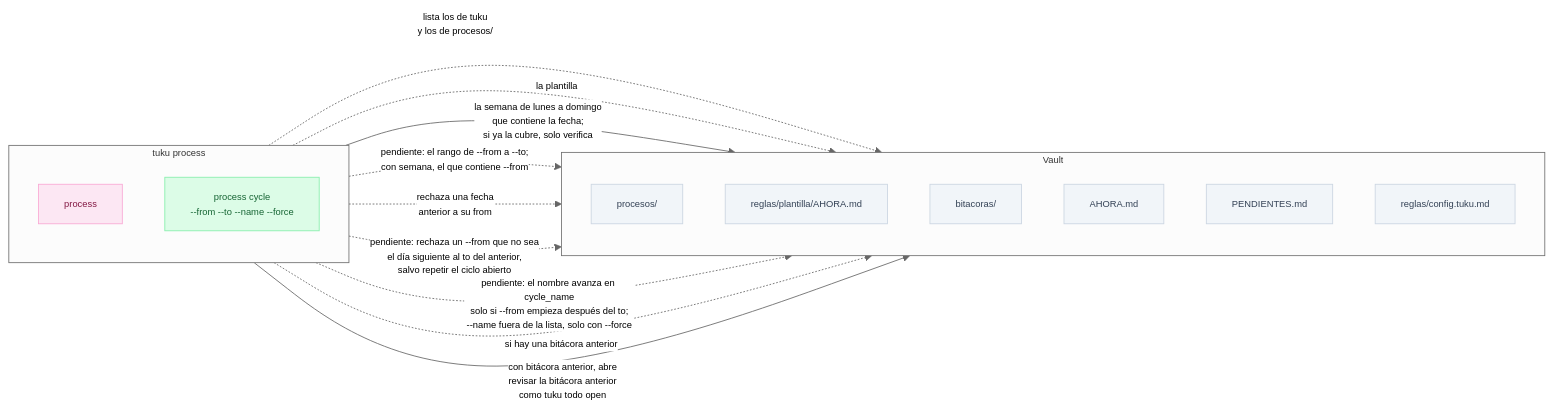
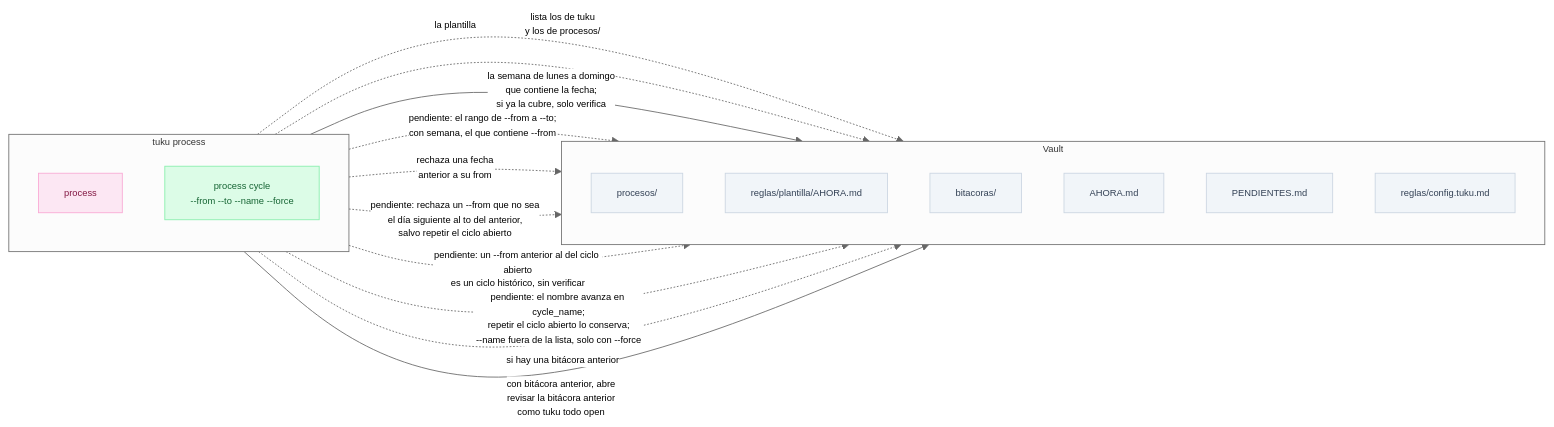
The second of 8 diagrams in spec/tuku.md (pewma-ai/tuku), drawn with Mermaid before and after one commit. The commit also changed other lines of this file and 13 other files, not shown here.

First line of the commit message:
docs(devel): plan y resultado del refactor de tuku, y lo pendiente de ciclos con nombre

````diff
--- a/spec/tuku.md
+++ b/spec/tuku.md
@@ -62,35 +62,36 @@
 ```mermaid
 %%{init: {'flowchart': {'useMaxWidth': true}, 'theme': 'neutral', 'themeVariables': {'fontSize': '11px'}}}%%
 flowchart LR
     subgraph CMD["tuku process"]
         direction TB
         PL["process"]
         PC["process cycle<br/>--from --to --name --force"]
     end
     subgraph VAULT["Vault"]
         direction TB
         PR["procesos/"]
         TP["reglas/plantilla/AHORA.md"]
         BI["bitacoras/"]
         AH["AHORA.md"]
         PE["PENDIENTES.md"]
         CF["reglas/config.tuku.md"]
     end
 
     PL -.->|"lista los de tuku<br/>y los de procesos/"| PR
     PC -.->|"la plantilla"| TP
     PC -->|"la semana de lunes a domingo<br/>que contiene la fecha;<br/>si ya la cubre, solo verifica"| AH
     PC -.->|"pendiente: el rango de --from a --to;<br/>con semana, el que contiene --from"| AH
     PC -.->|"rechaza una fecha<br/>anterior a su from"| AH
     PC -.->|"pendiente: rechaza un --from que no sea<br/>el día siguiente al to del anterior,<br/>salvo repetir el ciclo abierto"| AH
-    PC -.->|"pendiente: el nombre avanza en cycle_name<br/>solo si --from empieza después del to;<br/>--name fuera de la lista, solo con --force"| CF
+    PC -.->|"pendiente: un --from anterior al del ciclo abierto<br/>es un ciclo histórico, sin verificar"| BI
+    PC -.->|"pendiente: el nombre avanza en cycle_name;<br/>repetir el ciclo abierto lo conserva;<br/>--name fuera de la lista, solo con --force"| CF
     PC -.->|"si hay una bitácora anterior"| BI
     PC -->|"con bitácora anterior, abre<br/>revisar la bitácora anterior<br/>como tuku todo open"| PE
 
     classDef escribe fill:#dcfce7,color:#166534,stroke:#86efac
     classDef revisa fill:#fce7f3,color:#831843,stroke:#f9a8d4
     classDef archivo fill:#f1f5f9,color:#334155,stroke:#cbd5e1
     class PC escribe
     class PL revisa
     class PR,TP,BI,AH,PE,CF archivo
 ```
````
